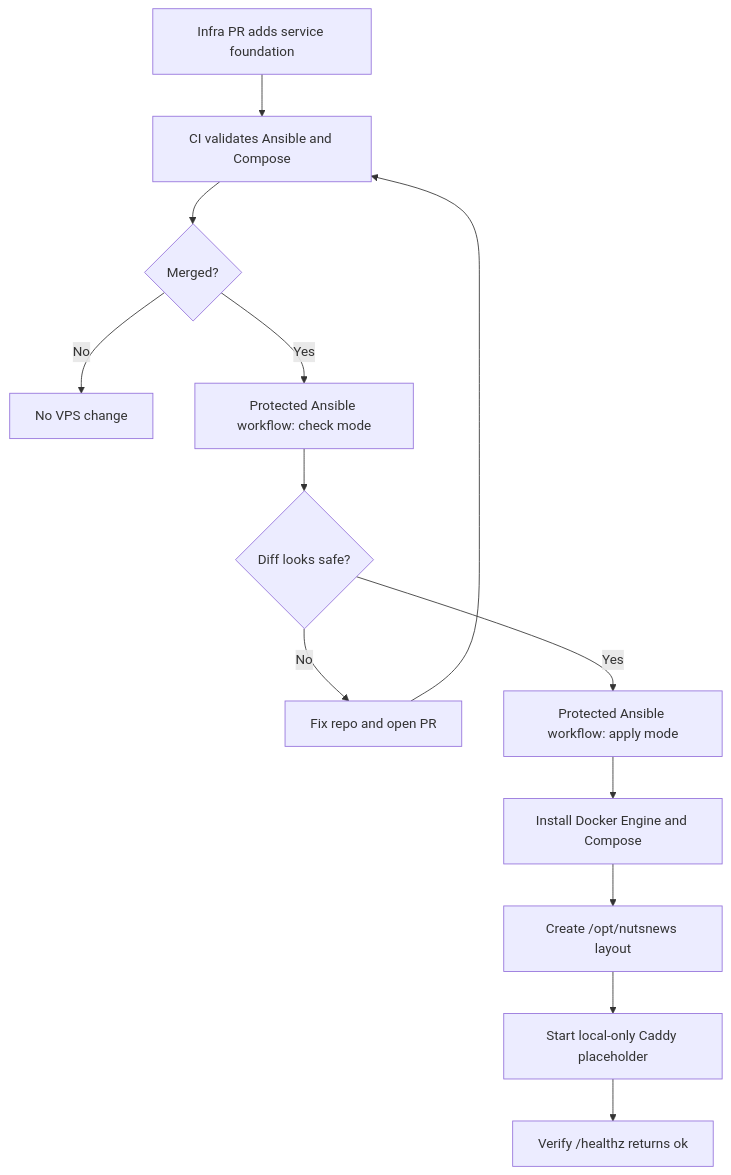
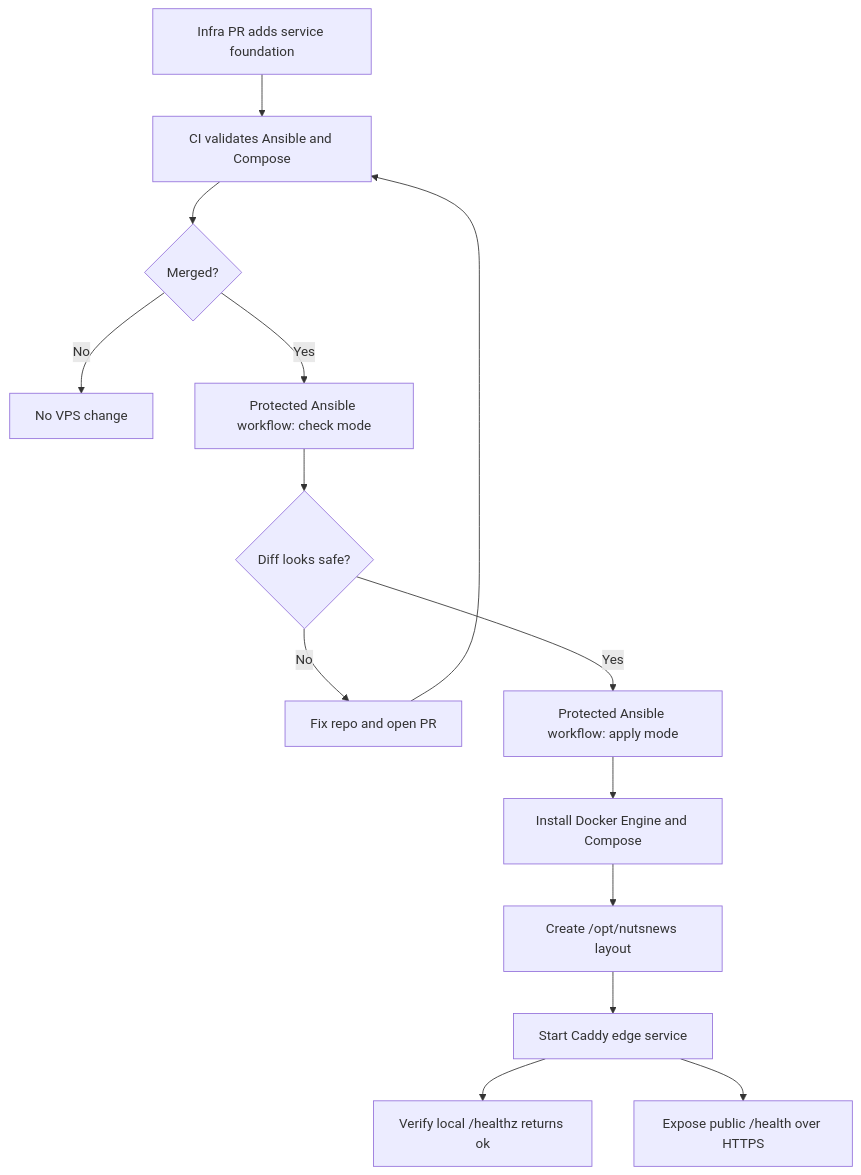
The first of 3 diagrams in NUTSNEWS_VPS_SERVICE_FOUNDATION.md (ramideltoro/nutsnews-docs), drawn with Mermaid before and after one commit. The commit also changed other lines of this file and 1 other file, not shown here.

Commit message:
Document public VPS health route

````diff
--- a/NUTSNEWS_VPS_SERVICE_FOUNDATION.md
+++ b/NUTSNEWS_VPS_SERVICE_FOUNDATION.md
@@ -62,15 +64,16 @@
 ```mermaid
 flowchart TD
   pr["Infra PR adds service foundation"] --> ci["CI validates Ansible and Compose"]
   ci --> merge{"Merged?"}
   merge -- "No" --> stop["No VPS change"]
   merge -- "Yes" --> check["Protected Ansible workflow: check mode"]
   check --> review{"Diff looks safe?"}
   review -- "No" --> fix["Fix repo and open PR"]
   fix --> ci
   review -- "Yes" --> apply["Protected Ansible workflow: apply mode"]
   apply --> docker["Install Docker Engine and Compose"]
   docker --> layout["Create /opt/nutsnews layout"]
-  layout --> caddy["Start local-only Caddy placeholder"]
-  caddy --> health["Verify /healthz returns ok"]
+  layout --> caddy["Start Caddy edge service"]
+  caddy --> health["Verify local /healthz returns ok"]
+  caddy --> publicHealth["Expose public /health over HTTPS"]
 ```
````
